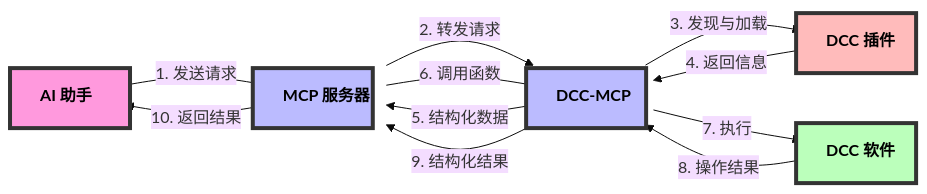
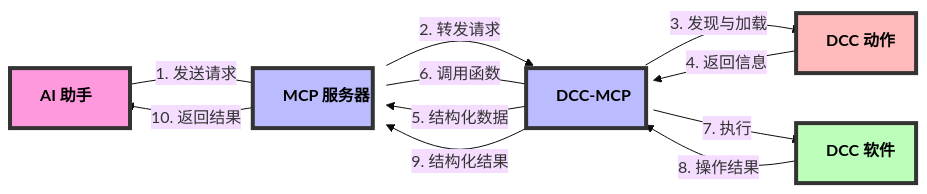
One commit to loonghao/dcc-mcp-core changed the diagram in README_zh.md. Above: the diagram before and after it, drawn with Mermaid (base theme). The commit also changed other lines of this file and 38 other files, not shown here.

````diff
--- a/README_zh.md
+++ b/README_zh.md
@@ -17,27 +26,27 @@
 ```mermaid
 graph LR
-    %% 添加了图表样式
+    %% 增加图表宽度
     classDef default width:120px,height:60px
 
     AI[AI 助手] -->|"1. 发送请求"| MCP[MCP 服务器]
     MCP -->|"2. 转发请求"| DCCMCP[DCC-MCP]
-    DCCMCP -->|"3. 发现与加载"| Plugins[DCC 插件]
-    Plugins -->|"4. 返回信息"| DCCMCP
+    DCCMCP -->|"3. 发现与加载"| Actions[DCC 动作]
+    Actions -->|"4. 返回信息"| DCCMCP
     DCCMCP -->|"5. 结构化数据"| MCP
     MCP -->|"6. 调用函数"| DCCMCP
     DCCMCP -->|"7. 执行"| DCC[DCC 软件]
     DCC -->|"8. 操作结果"| DCCMCP
     DCCMCP -->|"9. 结构化结果"| MCP
     MCP -->|"10. 返回结果"| AI
 
-    %% 使用了更大的字体和粗体的边框
+    %% 使用更鲜明的颜色和更大的节点
     classDef ai fill:#f9d,stroke:#333,stroke-width:4px,color:#000,font-weight:bold
     classDef mcp fill:#bbf,stroke:#333,stroke-width:4px,color:#000,font-weight:bold
     classDef dcc fill:#bfb,stroke:#333,stroke-width:4px,color:#000,font-weight:bold
-    classDef plugin fill:#fbb,stroke:#333,stroke-width:4px,color:#000,font-weight:bold
+    classDef action fill:#fbb,stroke:#333,stroke-width:4px,color:#000,font-weight:bold
 
     class AI ai
     class MCP,DCCMCP mcp
     class DCC dcc
-    class Plugins plugin
+    class Actions action
 ```
````
